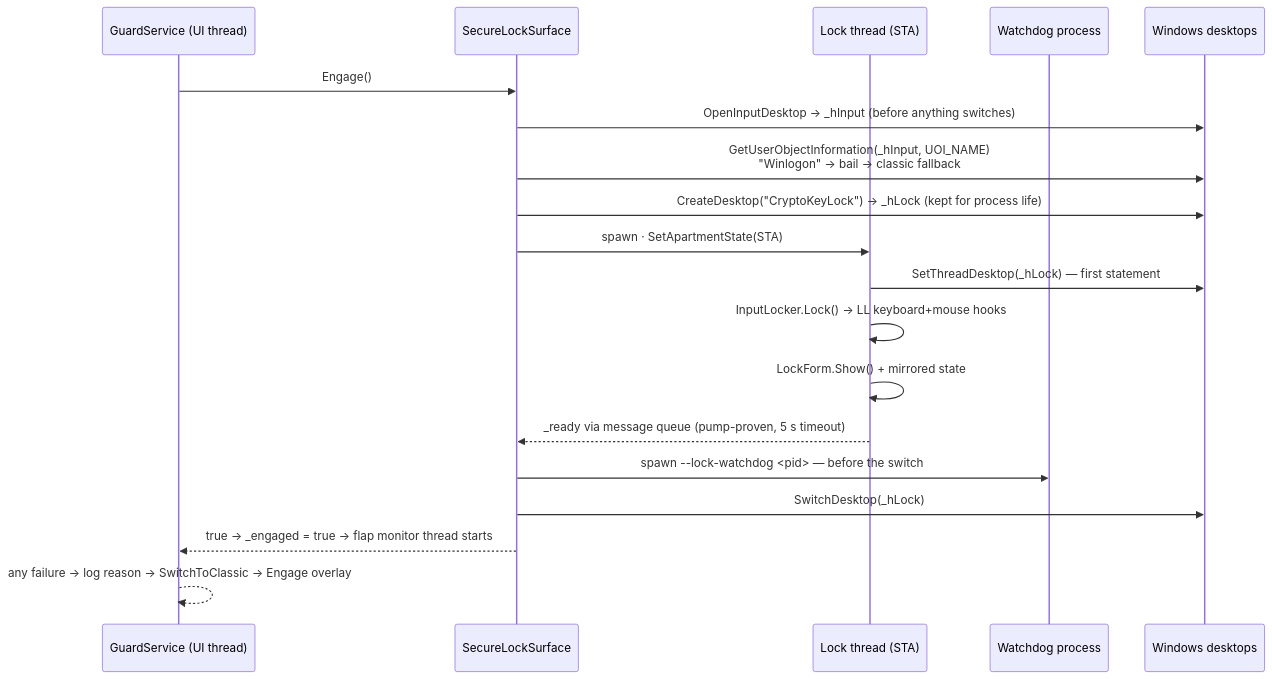
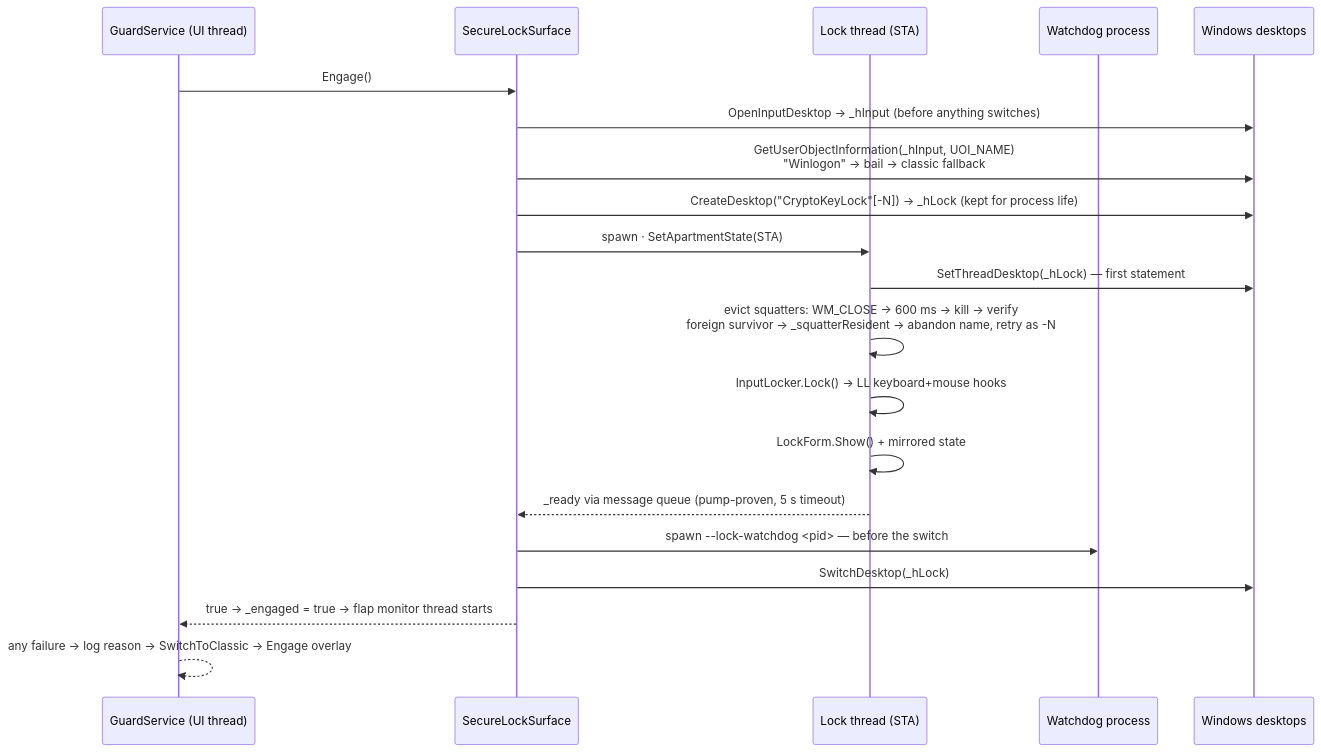
The second of 6 diagrams in docs/lifecycle.md (Alby2007/CryptoKey), drawn with Mermaid before and after one commit. The commit also changed other lines of this file and 9 other files, not shown here.

````diff
--- a/docs/lifecycle.md
+++ b/docs/lifecycle.md
@@ -49,22 +49,23 @@
 ```mermaid
 sequenceDiagram
     participant GS as GuardService (UI thread)
     participant SS as SecureLockSurface
     participant LT as Lock thread (STA)
     participant WD as Watchdog process
     participant WIN as Windows desktops
 
     GS->>SS: Engage()
     SS->>WIN: OpenInputDesktop → _hInput (before anything switches)
     SS->>WIN: GetUserObjectInformation(_hInput, UOI_NAME)<br/>"Winlogon" → bail → classic fallback
-    SS->>WIN: CreateDesktop("CryptoKeyLock") → _hLock (kept for process life)
+    SS->>WIN: CreateDesktop("CryptoKeyLock"[-N]) → _hLock (kept for process life)
     SS->>LT: spawn · SetApartmentState(STA)
     LT->>WIN: SetThreadDesktop(_hLock) — first statement
+    LT->>LT: evict squatters: WM_CLOSE → 600 ms → kill → verify<br/>foreign survivor → _squatterResident → abandon name, retry as -N
     LT->>LT: InputLocker.Lock() → LL keyboard+mouse hooks
     LT->>LT: LockForm.Show() + mirrored state
     LT-->>SS: _ready via message queue (pump-proven, 5 s timeout)
     SS->>WD: spawn --lock-watchdog <pid> — before the switch
     SS->>WIN: SwitchDesktop(_hLock)
     SS-->>GS: true → _engaged = true → flap monitor thread starts
     GS-->>GS: any failure → log reason → SwitchToClassic → Engage overlay
 ```
````
